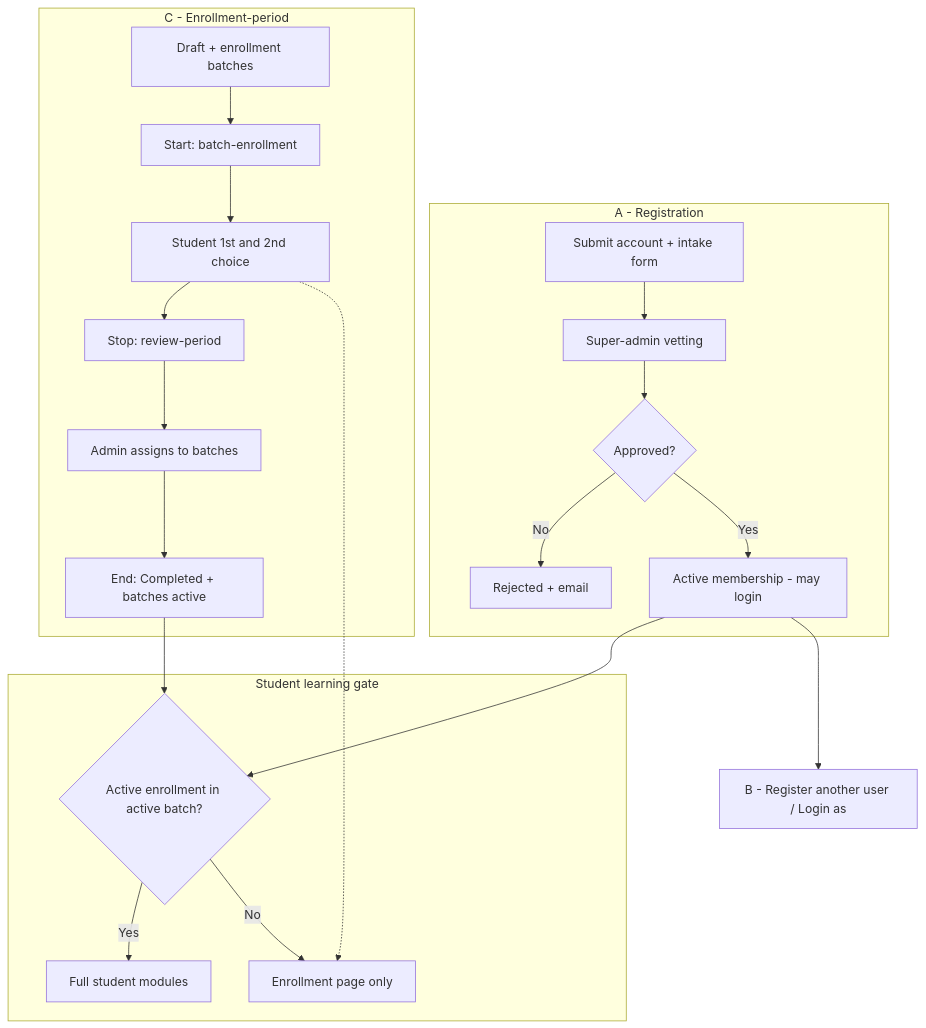
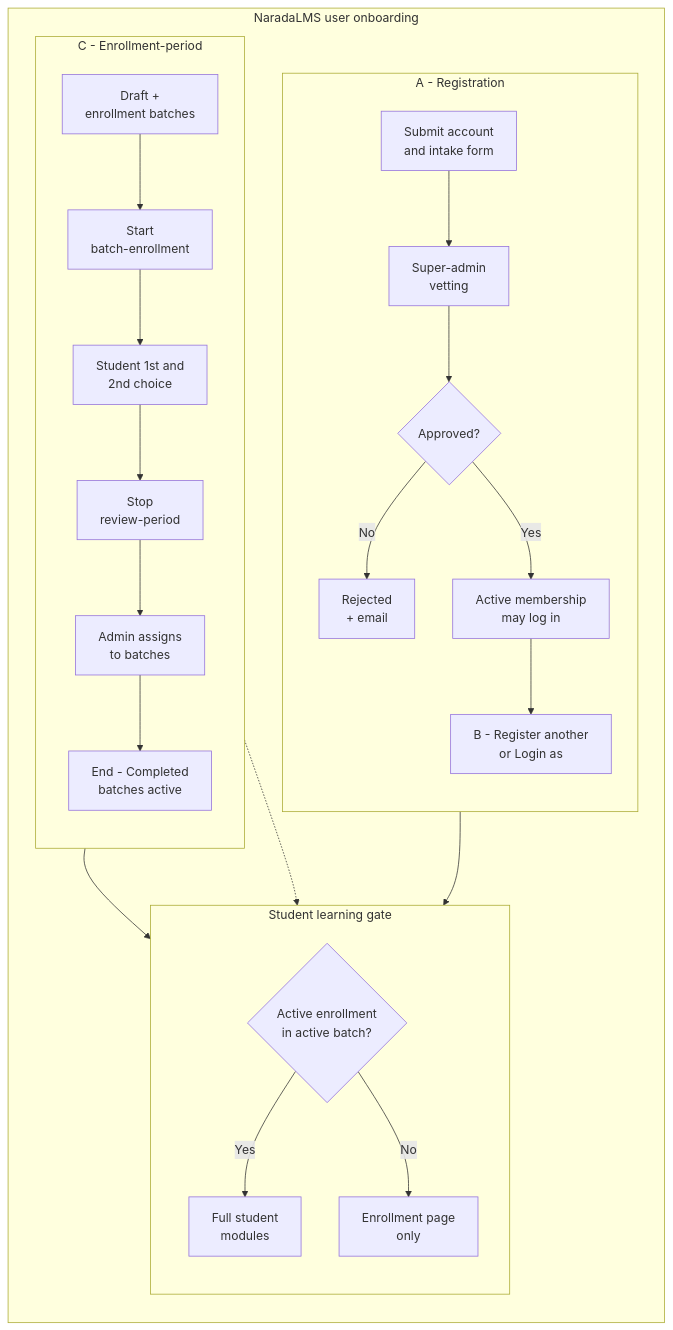
One commit to gurukrupavedic/NaradaLMS changed the first of 2 diagrams in docs/product/user-onboarding-feature-memo.md. Above: the diagram before and after it, drawn with Mermaid.

Commit message:
refactor(onboarding): enhance user onboarding flow diagram
- Updated the onboarding flowchart to improve clarity and visual structure.
- Added directional indicators and formatted text for better readability.
- Included a new subgraph for user registration and adjusted existing elements for consistency.

````diff
--- a/docs/product/user-onboarding-feature-memo.md
+++ b/docs/product/user-onboarding-feature-memo.md
@@ -90,32 +90,39 @@
 ```mermaid
 flowchart TB
-  subgraph reg [A - Registration]
-    R1[Submit account + intake form]
-    R2[Super-admin vetting]
-    R3{Approved?}
-    R1 --> R2 --> R3
-    R3 -->|No| RX[Rejected + email]
-    R3 -->|Yes| R4[Active membership - may login]
-  end
+  subgraph onboarding [NaradaLMS user onboarding]
+    direction TB
 
-  subgraph enroll [C - Enrollment-period]
-    E1[Draft + enrollment batches]
-    E2[Start: batch-enrollment]
-    E3[Student 1st and 2nd choice]
-    E4[Stop: review-period]
-    E5[Admin assigns to batches]
-    E6[End: Completed + batches active]
-    E1 --> E2 --> E3 --> E4 --> E5 --> E6
-  end
+    subgraph reg [A - Registration]
+      direction TB
+      R1["Submit account<br/>and intake form"]
+      R2["Super-admin<br/>vetting"]
+      R3{Approved?}
+      R1 --> R2 --> R3
+      R3 -->|No| RX["Rejected<br/>+ email"]
+      R3 -->|Yes| R4["Active membership<br/>may log in"]
+      R4 --> B["B - Register another<br/>or Login as"]
+    end
 
-  subgraph portal [Student learning gate]
-    P1{Active enrollment in active batch?}
-    P1 -->|Yes| P2[Full student modules]
-    P1 -->|No| P3[Enrollment page only]
+    subgraph enroll [C - Enrollment-period]
+      direction TB
+      E1["Draft +<br/>enrollment batches"]
+      E2["Start<br/>batch-enrollment"]
+      E3["Student 1st and<br/>2nd choice"]
+      E4["Stop<br/>review-period"]
+      E5["Admin assigns<br/>to batches"]
+      E6["End - Completed<br/>batches active"]
+      E1 --> E2 --> E3 --> E4 --> E5 --> E6
+    end
+
+    subgraph portal [Student learning gate]
+      direction TB
+      P1{Active enrollment<br/>in active batch?}
+      P1 -->|Yes| P2["Full student<br/>modules"]
+      P1 -->|No| P3["Enrollment page<br/>only"]
+    end
   end
 
   R4 --> P1
+  E6 --> P1
   E3 -.-> P3
-  E6 --> P1
-  R4 --> B[B - Register another user / Login as]
 ```
````
